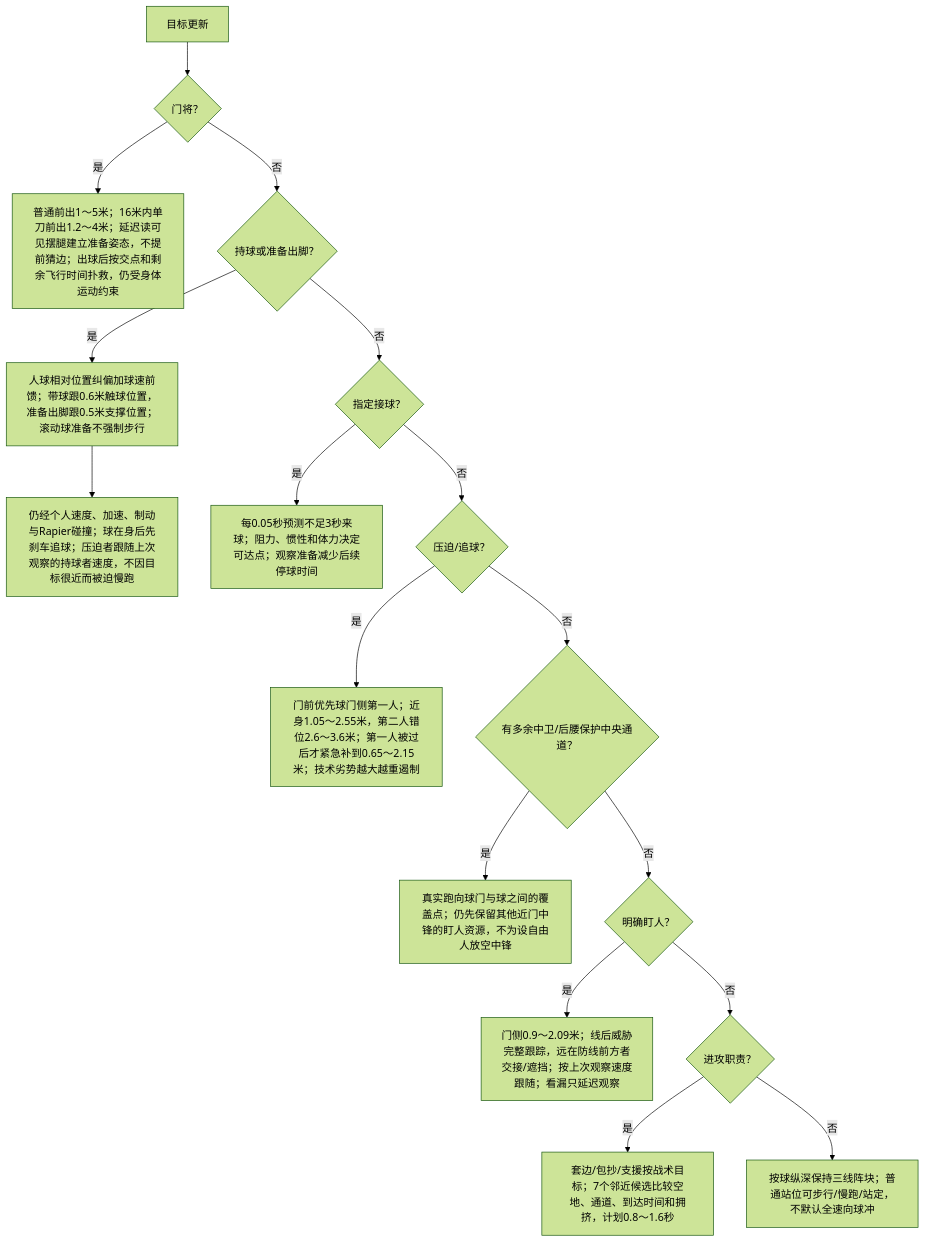
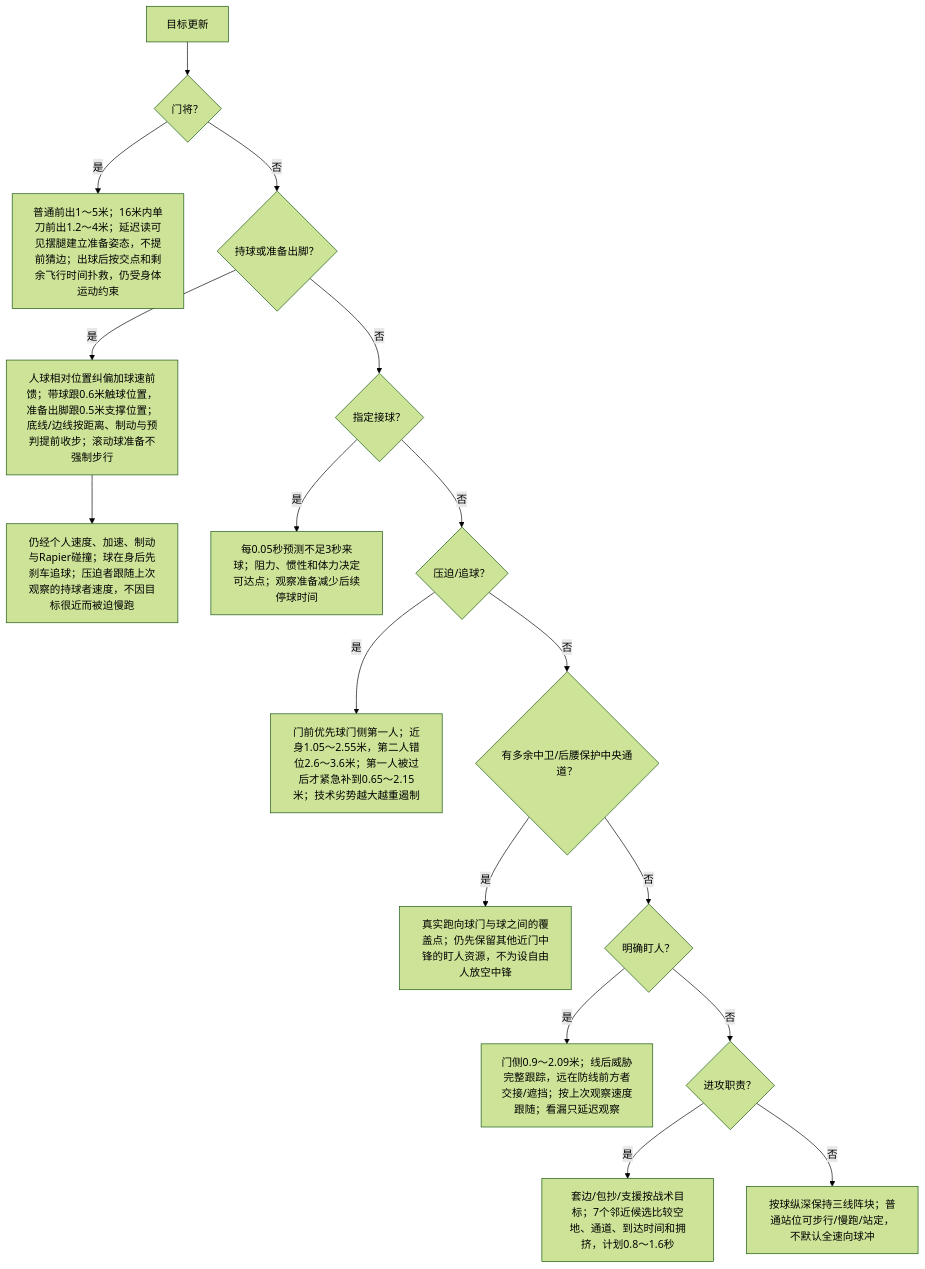
Before and after one commit to sixu3575/touchline-manager: the third of 7 diagrams in packages/shared/modules/matches/design/PLAYER_DECISION_MAP.md, drawn with Mermaid (forest theme). The commit also changed other lines of this file and 26 other files, not shown here.

````diff
--- a/packages/shared/modules/matches/design/PLAYER_DECISION_MAP.md
+++ b/packages/shared/modules/matches/design/PLAYER_DECISION_MAP.md
@@ -75,19 +75,19 @@
 ```mermaid
 flowchart TD
   P0["目标更新"] --> P1{"门将？"}
   P1 -->|是| PK["普通前出1～5米；16米内单刀前出1.2～4米；延迟读可见摆腿建立准备姿态，不提前猜边；出球后按交点和剩余飞行时间扑救，仍受身体运动约束"]
   P1 -->|否| P2{"持球或准备出脚？"}
-  P2 -->|是| PM["人球相对位置纠偏加球速前馈；带球跟0.6米触球位置，准备出脚跟0.5米支撑位置；滚动球准备不强制步行"]
+  P2 -->|是| PM["人球相对位置纠偏加球速前馈；带球跟0.6米触球位置，准备出脚跟0.5米支撑位置；底线/边线按距离、制动与预判提前收步；滚动球准备不强制步行"]
   PM --> PA["仍经个人速度、加速、制动与Rapier碰撞；球在身后先刹车追球；压迫者跟随上次观察的持球者速度，不因目标很近而被迫慢跑"]
   P2 -->|否| P3{"指定接球？"}
   P3 -->|是| PR["每0.05秒预测不足3秒来球；阻力、惯性和体力决定可达点；观察准备减少后续停球时间"]
   P3 -->|否| P4{"压迫/追球？"}
   P4 -->|是| PP["门前优先球门侧第一人；近身1.05～2.55米，第二人错位2.6～3.6米；第一人被过后才紧急补到0.65～2.15米；技术劣势越大越重遏制"]
   P4 -->|否| PC{"有多余中卫/后腰保护中央通道？"}
   PC -->|是| PG["真实跑向球门与球之间的覆盖点；仍先保留其他近门中锋的盯人资源，不为设自由人放空中锋"]
   PC -->|否| P5{"明确盯人？"}
   P5 -->|是| PD["门侧0.9～2.09米；线后威胁完整跟踪，远在防线前方者交接/遮挡；按上次观察速度跟随；看漏只延迟观察"]
   P5 -->|否| P6{"进攻职责？"}
   P6 -->|是| PS["套边/包抄/支援按战术目标；7个邻近候选比较空地、通道、到达时间和拥挤，计划0.8～1.6秒"]
   P6 -->|否| PB["按球纵深保持三线阵块；普通站位可步行/慢跑/站定，不默认全速向球冲"]
 ```
````
